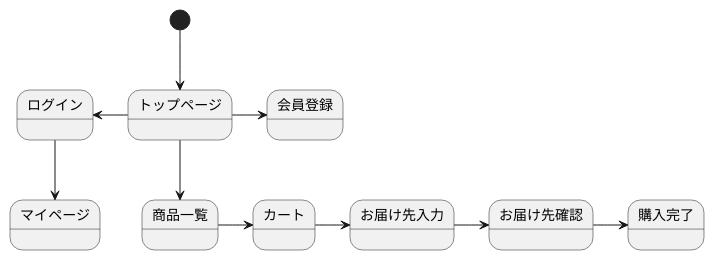
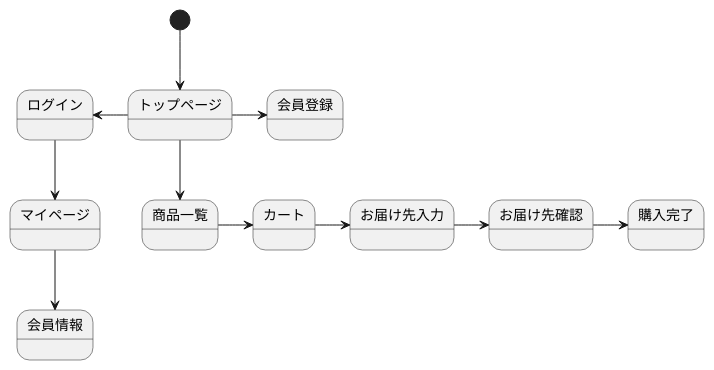
The diagram in stm01.md (Aso2001163/2021sys-design-2), drawn with PlantUML before and after one commit.

````diff
--- a/stm01.md
+++ b/stm01.md
@@ -1,13 +1,14 @@
 ```uml
 @startuml
 [*] --> トップページ
 トップページ -> 会員登録  
 トップページ -left-> ログイン
 ログイン -down-> マイページ
+マイページ -down-> 会員情報
 トップページ --> 商品一覧
 商品一覧 -> カート
 カート -> お届け先入力
 お届け先入力 -> お届け先確認
 お届け先確認 -> 購入完了
 @enduml
 ```
````
